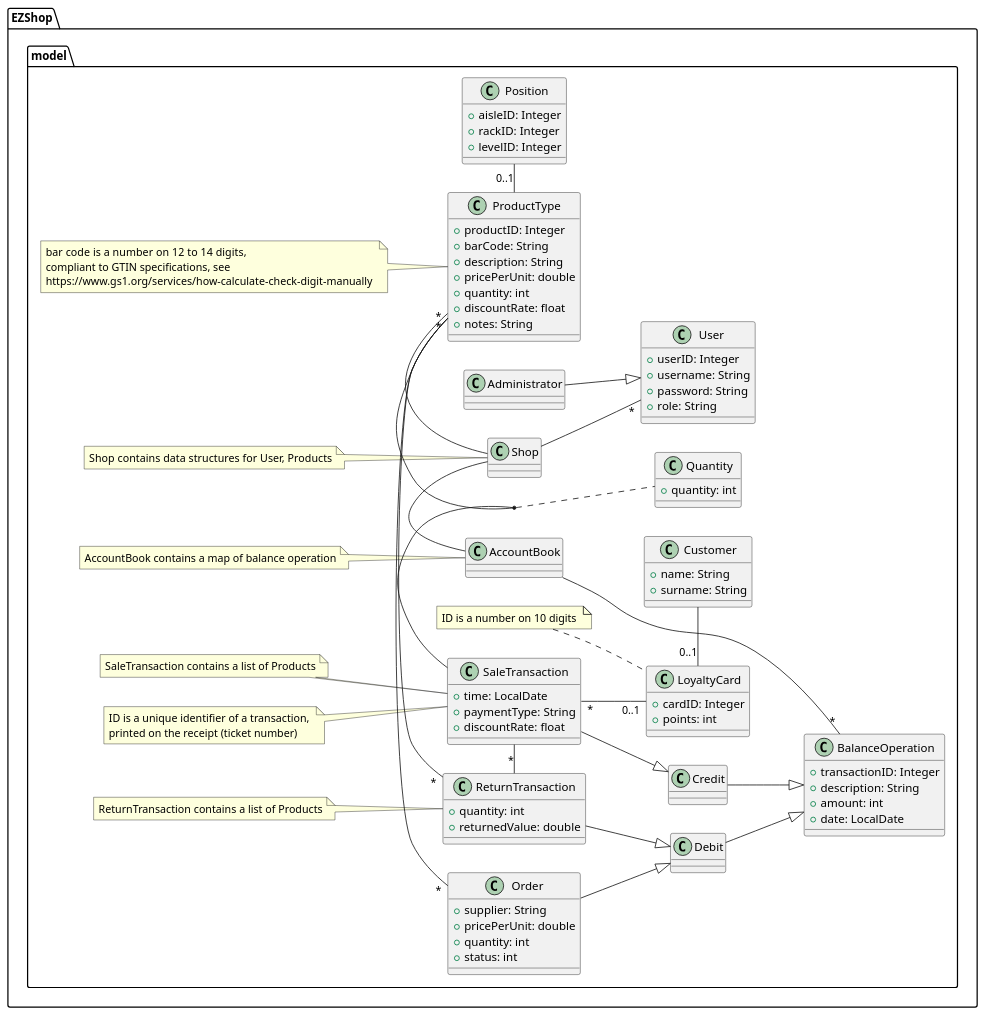
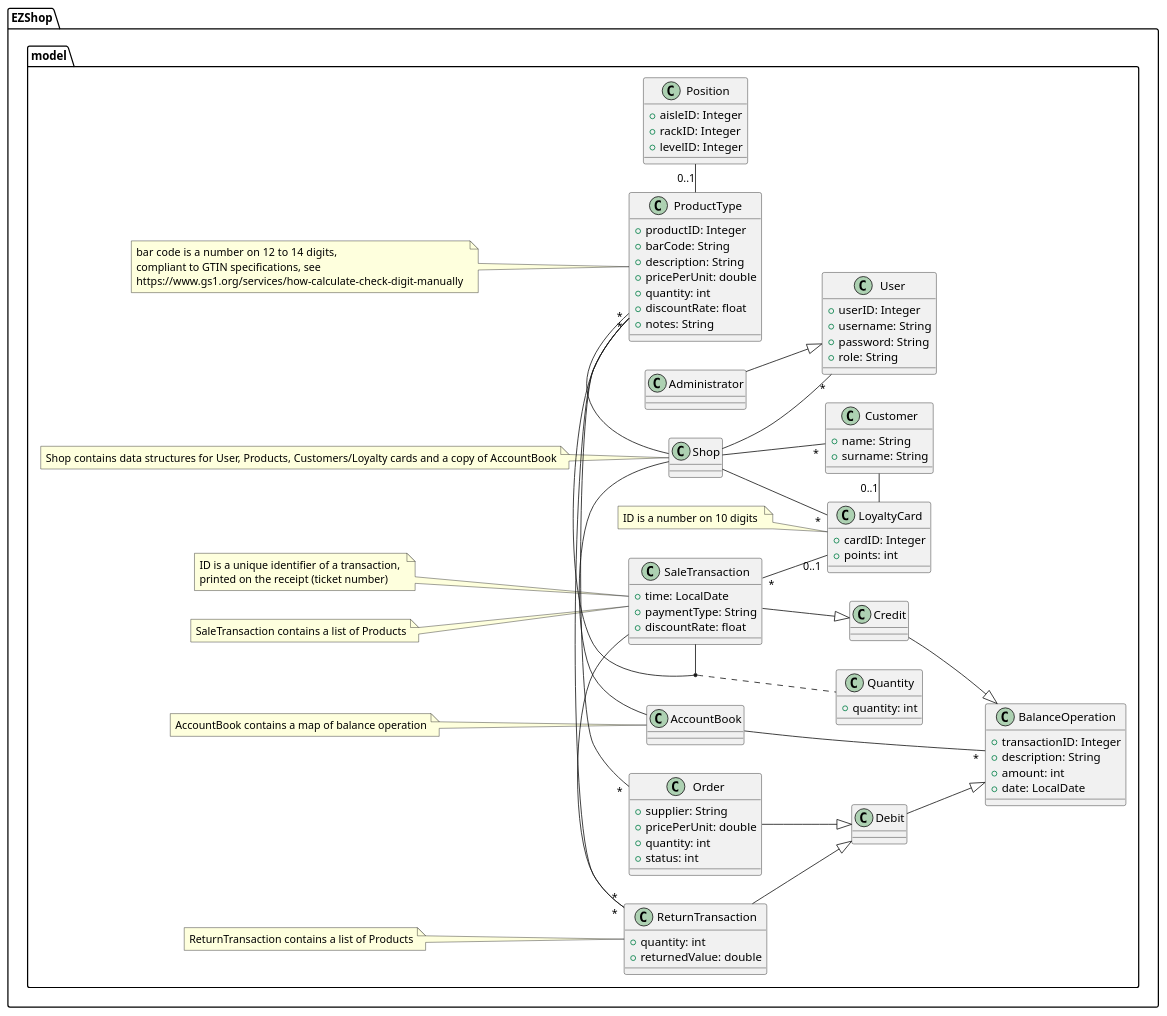
The third of 20 diagrams in Deliverables/DesignDocument.md (Stormz4/group20-EzShop), drawn with PlantUML before and after one commit.

Commit message:
Doc: Added relationship with customer and loyalty card

```diff
--- a/Deliverables/DesignDocument.md
+++ b/Deliverables/DesignDocument.md
@@ -252,6 +252,8 @@
 
 }
 
+Shop -- "*" LoyaltyCard
+Shop -- "*" Customer
 
 ReturnTransaction "*" - SaleTransaction
 ReturnTransaction "*" - ProductType
@@ -264,7 +266,7 @@
 N3 .. SaleTransaction
 note "AccountBook contains a map of balance operation" as N4
 N4 .. AccountBook
-note "Shop contains data structures for User, Products" as N5
+note "Shop contains data structures for User, Products, Customers/Loyalty cards and a copy of AccountBook" as N5
 N5 .. Shop
 note "SaleTransaction contains a list of Products" as N6
 N6 .. SaleTransaction
```
